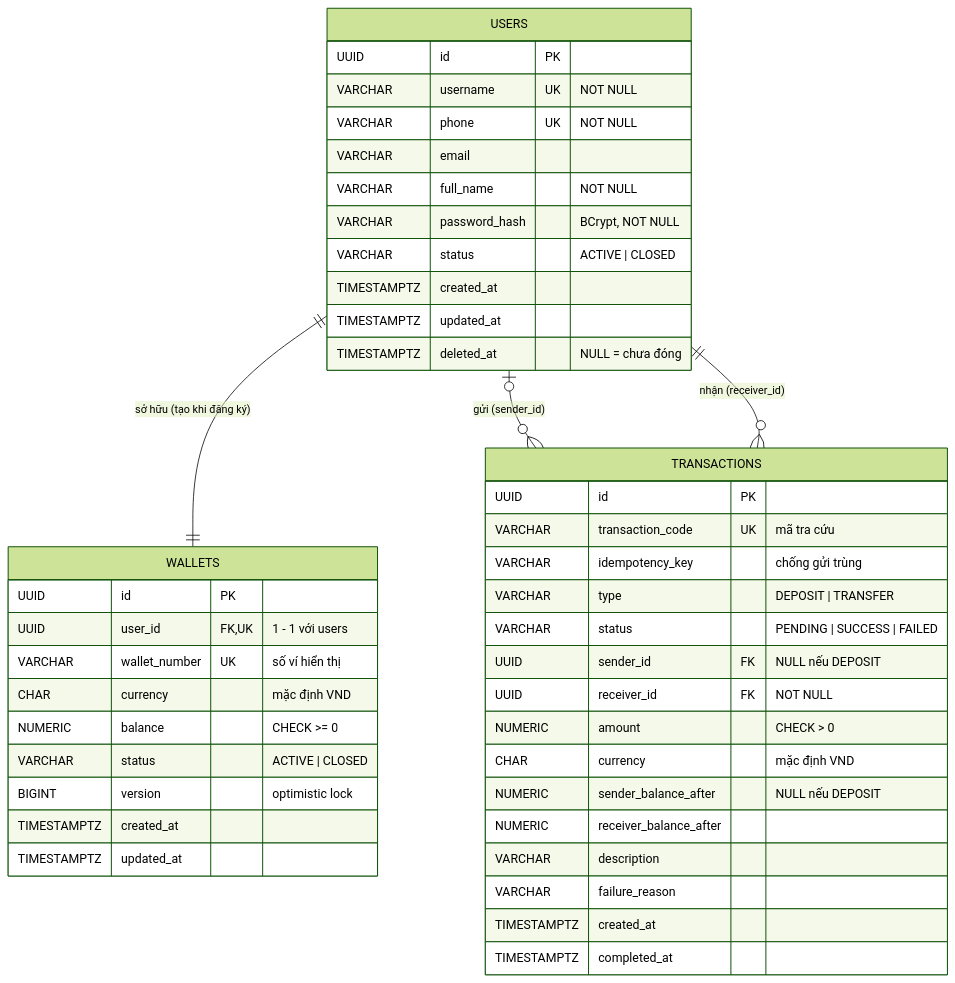
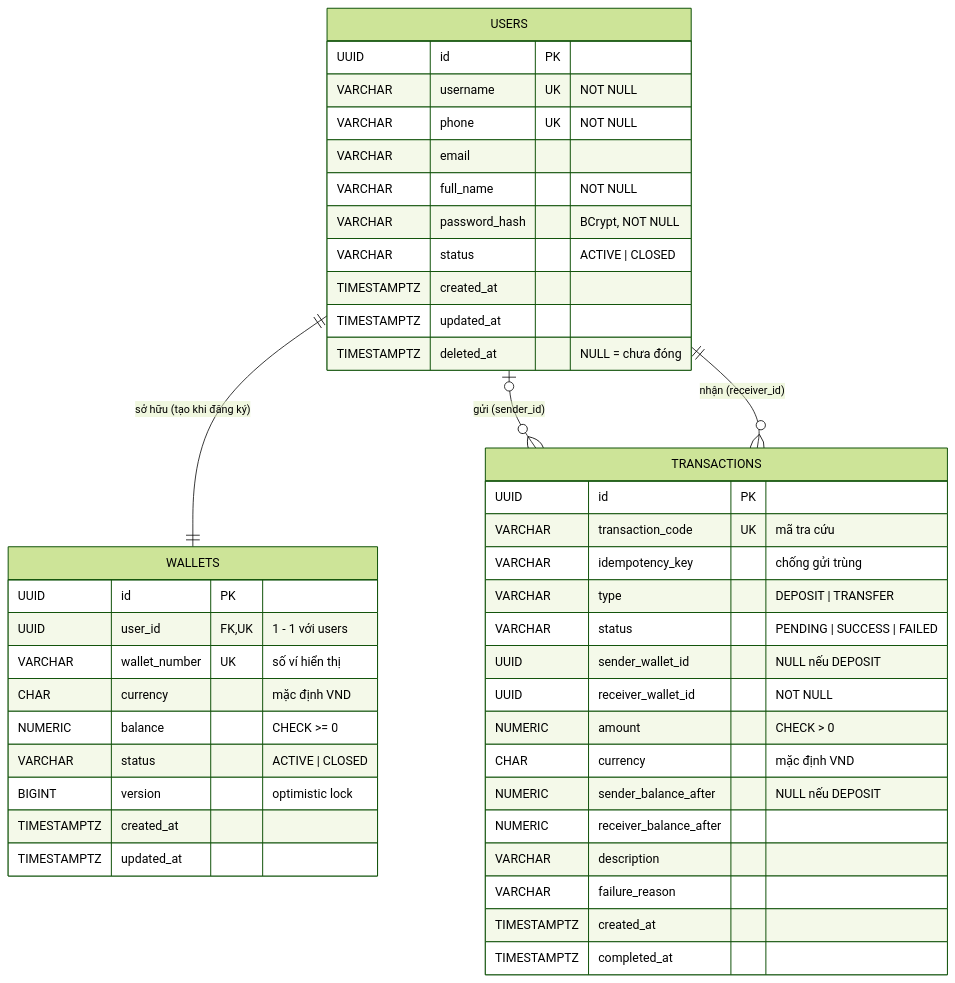
Before and after one commit to meoluoi3/E-wallet: the third of 4 diagrams in README.md, drawn with Mermaid (forest theme). The commit also changed other lines of this file, not shown here.

````diff
--- a/README.md
+++ b/README.md
@@ -242,49 +244,49 @@
 ```mermaid
 erDiagram
     USERS ||--|| WALLETS : "sở hữu (tạo khi đăng ký)"
     USERS |o--o{ TRANSACTIONS : "gửi (sender_id)"
     USERS ||--o{ TRANSACTIONS : "nhận (receiver_id)"
 
     USERS {
         UUID id PK
         VARCHAR username UK "NOT NULL"
         VARCHAR phone UK "NOT NULL"
         VARCHAR email
         VARCHAR full_name "NOT NULL"
         VARCHAR password_hash "BCrypt, NOT NULL"
         VARCHAR status "ACTIVE | CLOSED"
         TIMESTAMPTZ created_at
         TIMESTAMPTZ updated_at
         TIMESTAMPTZ deleted_at "NULL = chưa đóng"
     }
 
     WALLETS {
         UUID id PK
         UUID user_id FK, UK "1 - 1 với users"
         VARCHAR wallet_number UK "số ví hiển thị"
         CHAR currency "mặc định VND"
         NUMERIC balance "CHECK >= 0"
         VARCHAR status "ACTIVE | CLOSED"
         BIGINT version "optimistic lock"
         TIMESTAMPTZ created_at
         TIMESTAMPTZ updated_at
     }
 
     TRANSACTIONS {
         UUID id PK
         VARCHAR transaction_code UK "mã tra cứu"
         VARCHAR idempotency_key "chống gửi trùng"
         VARCHAR type "DEPOSIT | TRANSFER"
         VARCHAR status "PENDING | SUCCESS | FAILED"
-        UUID sender_id FK "NULL nếu DEPOSIT"
-        UUID receiver_id FK "NOT NULL"
+        UUID sender_wallet_id "NULL nếu DEPOSIT"
+        UUID receiver_wallet_id "NOT NULL"
         NUMERIC amount "CHECK > 0"
         CHAR currency "mặc định VND"
         NUMERIC sender_balance_after "NULL nếu DEPOSIT"
         NUMERIC receiver_balance_after
         VARCHAR description
         VARCHAR failure_reason
         TIMESTAMPTZ created_at
         TIMESTAMPTZ completed_at
     }
 ```
````
